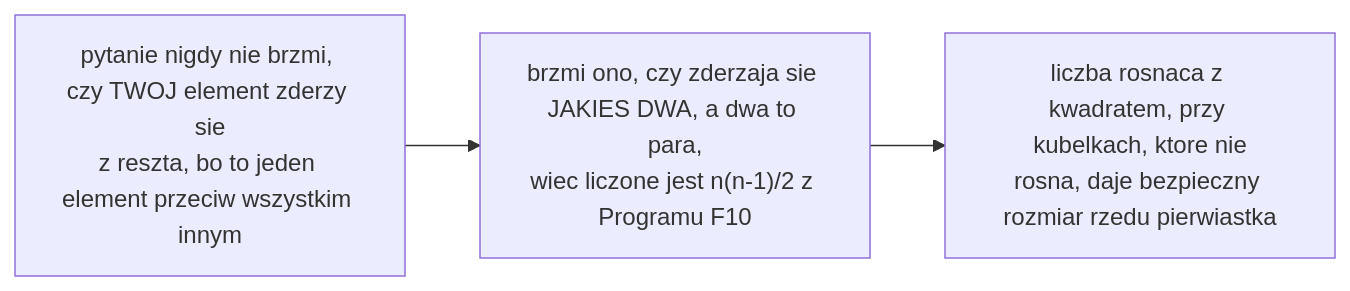
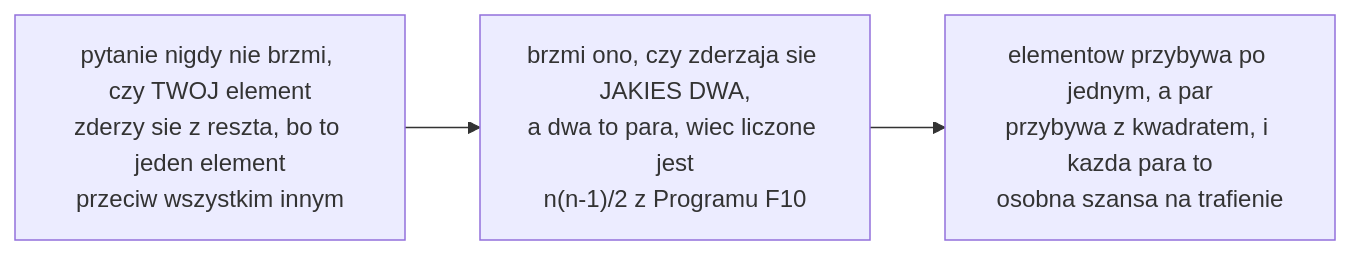
The diagram in figures/mermaid/pl/p12-pairs-not-items.mmd (konradcinkusz/math-for-ai-engineers), drawn with Mermaid before and after one commit. The commit also changed 24 other files, not shown here.

```diff
--- a/figures/mermaid/pl/p12-pairs-not-items.mmd
+++ b/figures/mermaid/pl/p12-pairs-not-items.mmd
@@ -1,4 +1,4 @@
 flowchart LR
-  A["pytanie nigdy nie brzmi, czy TWOJ element zderzy sie<br/>z reszta, bo to jeden element przeciw wszystkim innym"]
-  A --> B["brzmi ono, czy zderzaja sie JAKIES DWA, a dwa to para,<br/>wiec liczone jest n(n-1)/2 z Programu F10"]
-  B --> C["liczba rosnaca z kwadratem, przy kubelkach, ktore nie<br/>rosna, daje bezpieczny rozmiar rzedu pierwiastka"]
+  A["pytanie nigdy nie brzmi, czy TWOJ element<br/>zderzy sie z reszta, bo to jeden element<br/>przeciw wszystkim innym"]
+  A --> B["brzmi ono, czy zderzaja sie JAKIES DWA,<br/>a dwa to para, wiec liczone jest<br/>n(n-1)/2 z Programu F10"]
+  B --> C["elementow przybywa po jednym, a par<br/>przybywa z kwadratem, i kazda para to<br/>osobna szansa na trafienie"]
```
